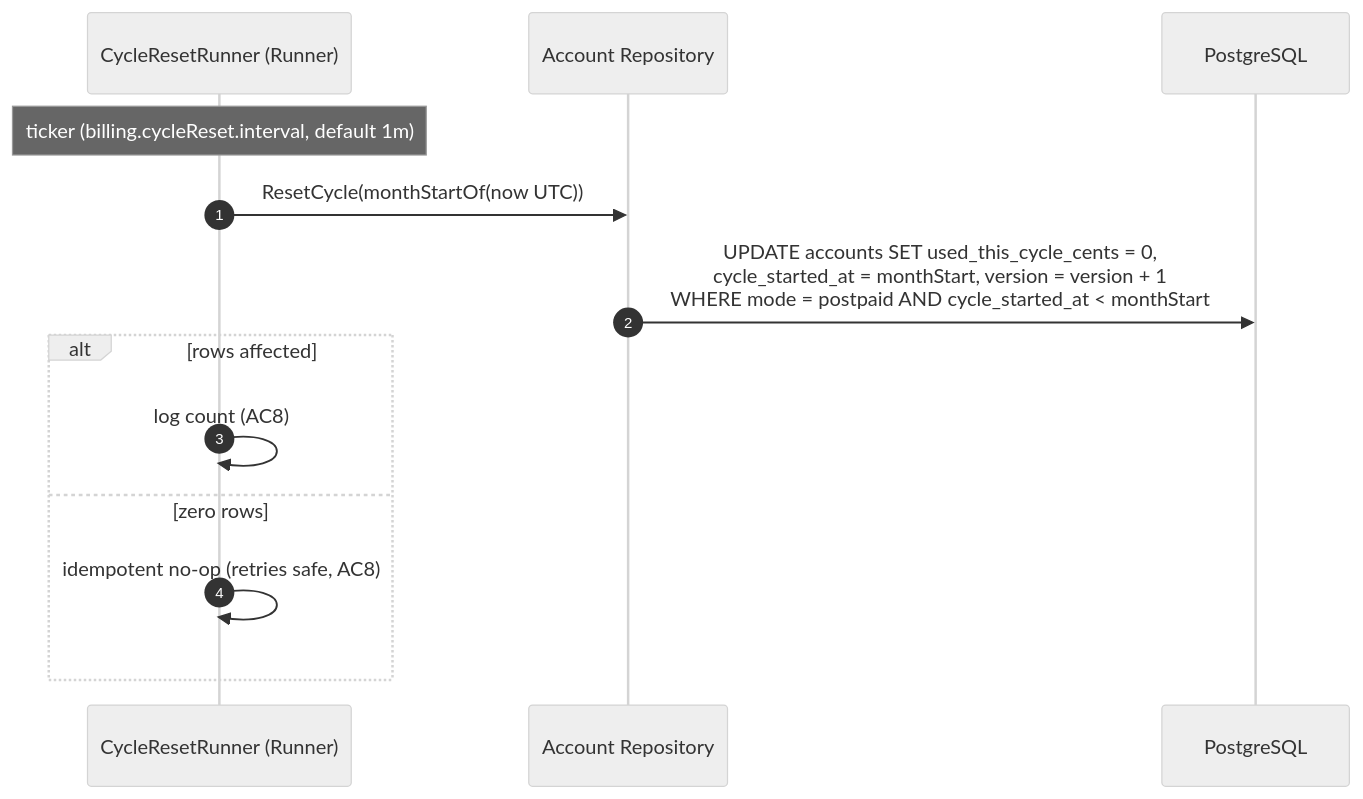
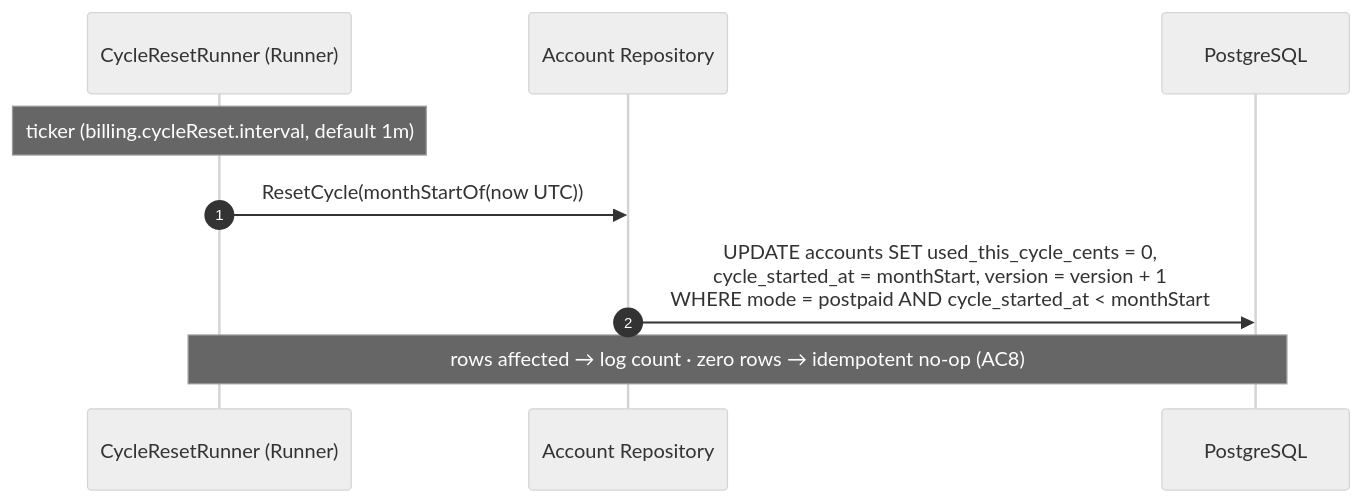
One commit to dhyabi2/go-taas changed the fifth of 5 diagrams in docs/architecture/balance-quota.md. Above: the diagram before and after it, drawn with Mermaid (neutral theme). The commit also changed other lines of this file, not shown here.

Commit message:
docs(architecture): compress balance-quota doc under 300 lines

````diff
--- a/docs/architecture/balance-quota.md
+++ b/docs/architecture/balance-quota.md
@@ -271,15 +260,11 @@
 ```mermaid
 sequenceDiagram
     autonumber
     participant RUN as CycleResetRunner (Runner)
     participant R as Account Repository
     participant DB as PostgreSQL
     Note over RUN: ticker (billing.cycleReset.interval, default 1m)
     RUN->>R: ResetCycle(monthStartOf(now UTC))
     R->>DB: UPDATE accounts SET used_this_cycle_cents = 0,<br/>cycle_started_at = monthStart, version = version + 1<br/>WHERE mode = postpaid AND cycle_started_at < monthStart
-    alt rows affected
-        RUN->>RUN: log count (AC8)
-    else zero rows
-        RUN->>RUN: idempotent no-op (retries safe, AC8)
-    end
+    Note over RUN,DB: rows affected → log count · zero rows → idempotent no-op (AC8)
 ```
````
